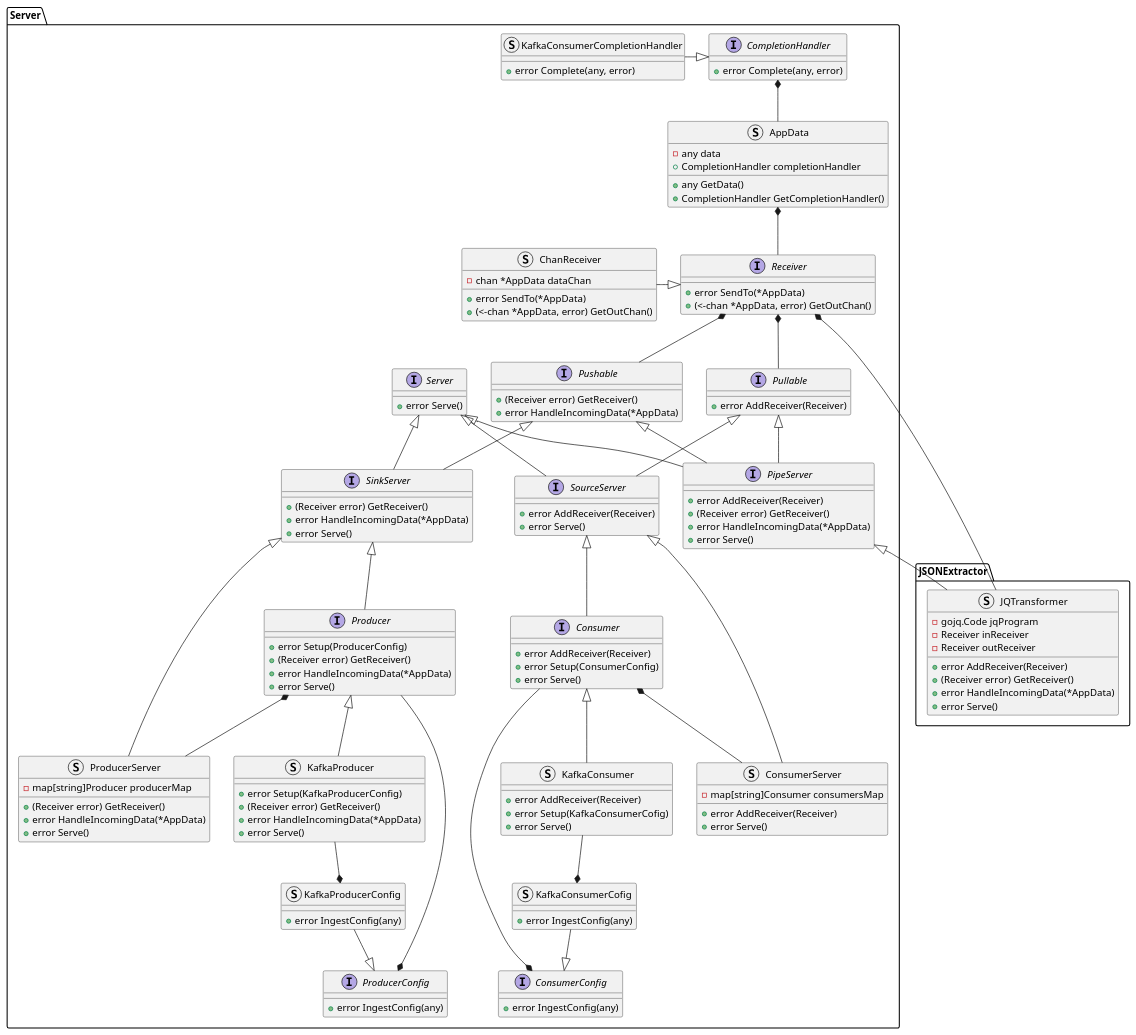
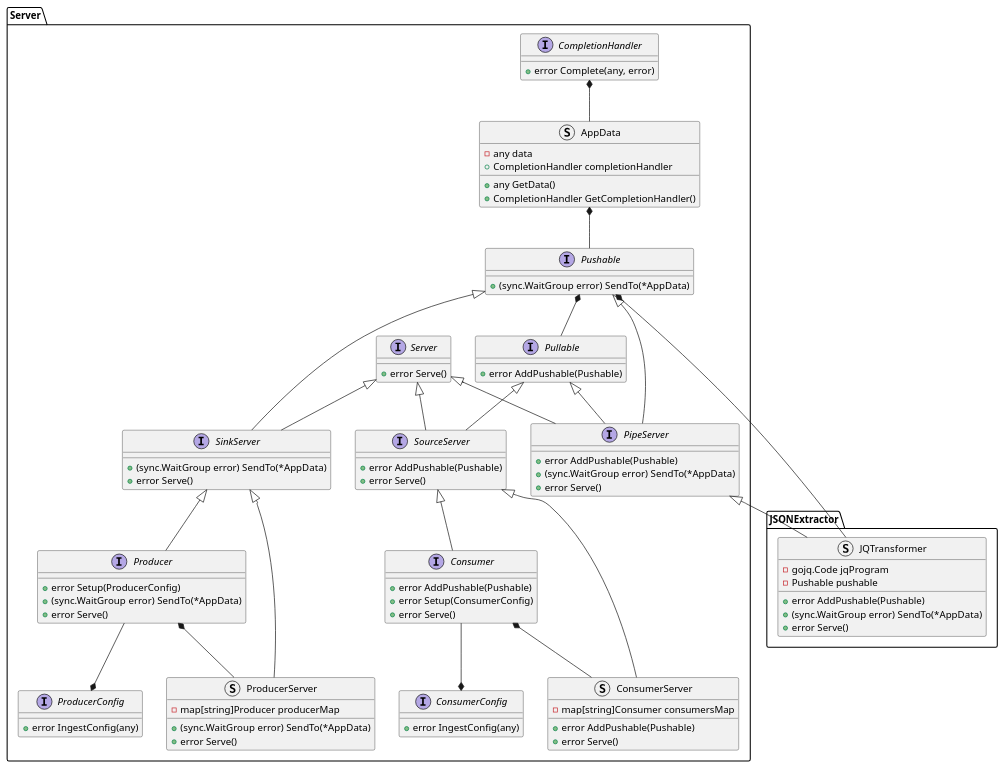
Before and after one commit to xtuml/otel2pv: the diagram in docs/design_notes/DN1_JSON_Extractor/class_diagram.puml, drawn with PlantUML. The commit also changed 14 other files, not shown here.

First line of the commit message:
Cdsopv 63 update architecture to remove receiver and use pushable as receiver (#29)

```diff
--- a/docs/design_notes/DN1_JSON_Extractor/class_diagram.puml
+++ b/docs/design_notes/DN1_JSON_Extractor/class_diagram.puml
@@ -1,140 +1,94 @@
 @startuml
 namespace JSONExtractor {
     struct JQTransformer {
         -gojq.Code jqProgram
-        -Receiver inReceiver
-        -Receiver outReceiver
-        +error AddReceiver(Receiver)
-        +(Receiver error) GetReceiver()
-        +error HandleIncomingData(*AppData)
+        -Pushable pushable
+        +error AddPushable(Pushable)
+        +(sync.WaitGroup error) SendTo(*AppData)
         +error Serve()
     }
 }
 namespace Server {
     interface CompletionHandler {
-        +error Complete(any, error)
-    }
-    struct KafkaConsumerCompletionHandler {
         +error Complete(any, error)
     }
     struct AppData {
         -any data
         +CompletionHandler completionHandler
         +any GetData()
         +CompletionHandler GetCompletionHandler()
     }
-    interface Receiver {
-        +error SendTo(*AppData)
-        +(<-chan *AppData, error) GetOutChan()
-    }
-    struct ChanReceiver {
-        -chan *AppData dataChan
-        +error SendTo(*AppData)
-        +(<-chan *AppData, error) GetOutChan()
-    }
     interface Server {
         +error Serve()
     }
     interface Pullable {
-        +error AddReceiver(Receiver)
+        +error AddPushable(Pushable)
     }
     interface Pushable {
-        +(Receiver error) GetReceiver()
-        +error HandleIncomingData(*AppData)
+        +(sync.WaitGroup error) SendTo(*AppData)
     }
     interface SourceServer {
-        +error AddReceiver(Receiver)
+        +error AddPushable(Pushable)
         +error Serve()
     }
     interface SinkServer {
-        +(Receiver error) GetReceiver()
-        +error HandleIncomingData(*AppData)
+        +(sync.WaitGroup error) SendTo(*AppData)
         +error Serve()
     }
     interface PipeServer {
-        +error AddReceiver(Receiver)
-        +(Receiver error) GetReceiver()
-        +error HandleIncomingData(*AppData)
+        +error AddPushable(Pushable)
+        +(sync.WaitGroup error) SendTo(*AppData)
         +error Serve()
     }
     interface Producer {
         +error Setup(ProducerConfig)
-        +(Receiver error) GetReceiver()
-        +error HandleIncomingData(*AppData)
+        +(sync.WaitGroup error) SendTo(*AppData)
         +error Serve()
     }
     interface Consumer {
-        +error AddReceiver(Receiver)
+        +error AddPushable(Pushable)
         +error Setup(ConsumerConfig)
-        +error Serve()
-    }
-    struct KafkaConsumer {
-        +error AddReceiver(Receiver)
-        +error Setup(KafkaConsumerCofig)
-        +error Serve()
-    }
-    struct KafkaProducer {
-        +error Setup(KafkaProducerConfig)
-        +(Receiver error) GetReceiver()
-        +error HandleIncomingData(*AppData)
         +error Serve()
     }
     struct ProducerServer {
         -map[string]Producer producerMap
-        +(Receiver error) GetReceiver()
-        +error HandleIncomingData(*AppData)
+        +(sync.WaitGroup error) SendTo(*AppData)
         +error Serve()
     }
     struct ConsumerServer {
         -map[string]Consumer consumersMap
-        +error AddReceiver(Receiver)
+        +error AddPushable(Pushable)
         +error Serve()
-    }
-    struct KafkaConsumerCofig {
-        +error IngestConfig(any)
-    }
-    struct KafkaProducerConfig {
-        +error IngestConfig(any)
     }
     interface ProducerConfig {
         +error IngestConfig(any)
     }
     interface ConsumerConfig {
         +error IngestConfig(any)
     }
 }
 Server.CompletionHandler *-- Server.AppData
-Server.CompletionHandler <|-left- Server.KafkaConsumerCompletionHandler
-Server.AppData *-- Server.Receiver
-Server.Receiver *-- Server.Pullable
-Server.Receiver *-- Server.Pushable
-Server.Receiver <|-left- Server.ChanReceiver
+Server.AppData *-- Server.Pushable
 Server.Server <|-- Server.SourceServer
+Server.Pushable *-- Server.Pullable
 Server.Pullable <|-- Server.SourceServer
 Server.Server <|-- Server.SinkServer
 Server.Pushable <|-- Server.SinkServer
 Server.Pushable <|-- Server.PipeServer
 Server.Pullable <|-- Server.PipeServer
 Server.Server <|-- Server.PipeServer
 
-Server.SinkServer <|-down- Server.Producer
-Server.Producer <|-- Server.KafkaProducer
-Server.Consumer <|-- Server.KafkaConsumer
+Server.SinkServer <|-- Server.Producer
 Server.Producer *-- Server.ProducerServer
-Server.SinkServer <|-left- Server.ProducerServer
+Server.SinkServer <|-- Server.ProducerServer
 Server.SourceServer <|-- Server.ConsumerServer
 Server.Consumer *-- Server.ConsumerServer
-Server.SourceServer <|-down- Server.Consumer
-
-Server.KafkaConsumerCofig *-up- Server.KafkaConsumer
-Server.KafkaProducerConfig *-up- Server.KafkaProducer
+Server.SourceServer <|-- Server.Consumer
 
 Server.PipeServer <|-- JSONExtractor.JQTransformer
-Server.Receiver *-- JSONExtractor.JQTransformer
+Server.Pushable *-- JSONExtractor.JQTransformer
 
-Server.ProducerConfig <|-up- Server.KafkaProducerConfig
-Server.ConsumerConfig <|-up- Server.KafkaConsumerCofig
 
-Server.ConsumerConfig *-- Server.Consumer
-Server.ProducerConfig *-- Server.Producer
+Server.ConsumerConfig *-up- Server.Consumer
+Server.ProducerConfig *-up- Server.Producer
 @enduml
```
